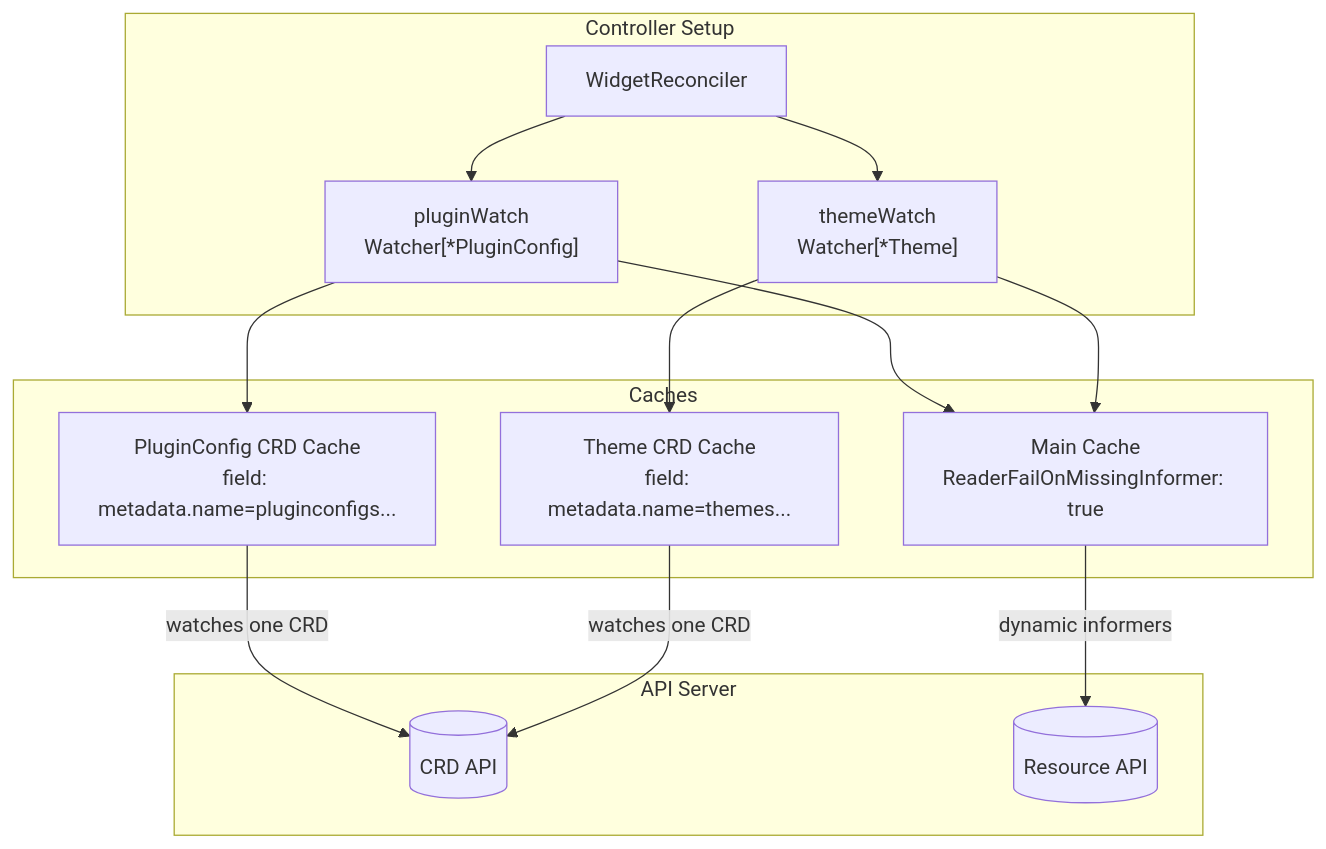
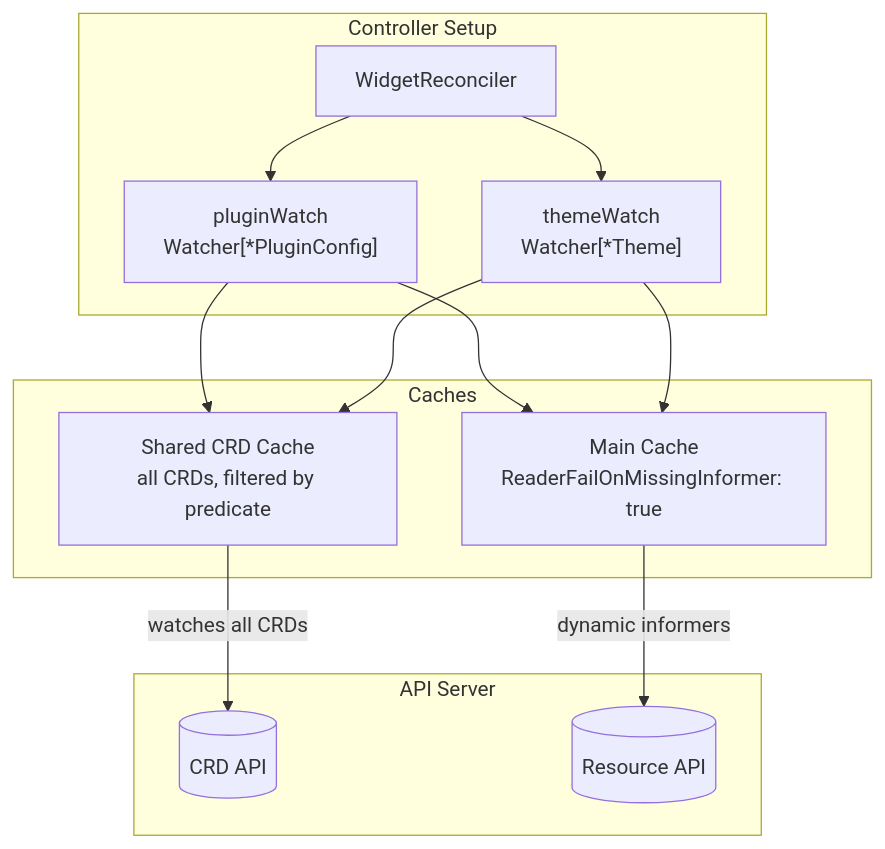
One commit to bartoszmajsak/dynamic-crd-watch changed the first of 2 diagrams in ARCHITECTURE.md. Above: the diagram before and after it, drawn with Mermaid. The commit also changed other lines of this file, not shown here.

First line of the commit message:
docs: rewrites ARCHITECTURE.md for source.SyncingSource API

````diff
--- a/ARCHITECTURE.md
+++ b/ARCHITECTURE.md
@@ -13,29 +13,27 @@
 ```mermaid
 graph TD
     subgraph "Controller Setup"
         WC[WidgetReconciler]
         PW["pluginWatch\nWatcher[*PluginConfig]"]
         TW["themeWatch\nWatcher[*Theme]"]
     end
 
     subgraph "Caches"
         MC[Main Cache\nReaderFailOnMissingInformer: true]
-        PC[PluginConfig CRD Cache\nfield: metadata.name=pluginconfigs...]
-        TC[Theme CRD Cache\nfield: metadata.name=themes...]
+        SC[Shared CRD Cache\nall CRDs, filtered by predicate]
     end
 
     subgraph "API Server"
         CRDs[(CRD API)]
         Resources[(Resource API)]
     end
 
     WC --> PW
     WC --> TW
     PW --> MC
-    PW --> PC
     TW --> MC
-    TW --> TC
-    PC -->|watches one CRD| CRDs
-    TC -->|watches one CRD| CRDs
+    PW --> SC
+    TW --> SC
+    SC -->|watches all CRDs| CRDs
     MC -->|dynamic informers| Resources
 ```
````
